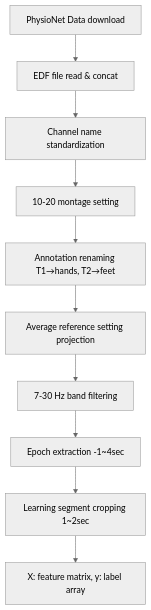
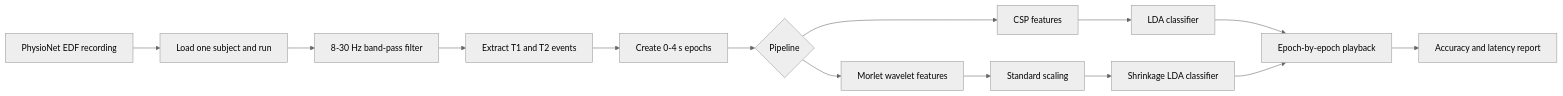
Before and after one commit to Donghan5/total-perspective-vortex: the diagram in README.md, drawn with Mermaid (neutral theme). The commit also changed other lines of this file, not shown here.

Commit message:
feature: update readme file

````diff
--- a/README.md
+++ b/README.md
@@ -13,12 +32,16 @@
 ```mermaid
-graph TD
-    A[PhysioNet Data download] --> B[EDF file read & concat]
-    B --> C[Channel name standardization]
-    C --> D[10-20 montage setting]
-    D --> E[Annotation renaming T1→hands, T2→feet]
-    E --> F[Average reference setting projection]
-    F --> G[7-30 Hz band filtering]
-    G --> H[Epoch extraction -1~4sec]
-    H --> I[Learning segment cropping 1~2sec]
-    I --> J["X: feature matrix, y: label array"]
+flowchart LR
+    A[PhysioNet EDF recording] --> B[Load one subject and run]
+    B --> C[8-30 Hz band-pass filter]
+    C --> D[Extract T1 and T2 events]
+    D --> E[Create 0-4 s epochs]
+    E --> F{Pipeline}
+    F --> G[CSP features]
+    G --> H[LDA classifier]
+    F --> I[Morlet wavelet features]
+    I --> J[Standard scaling]
+    J --> K[Shrinkage LDA classifier]
+    H --> L[Epoch-by-epoch playback]
+    K --> L
+    L --> M[Accuracy and latency report]
 ```
````
